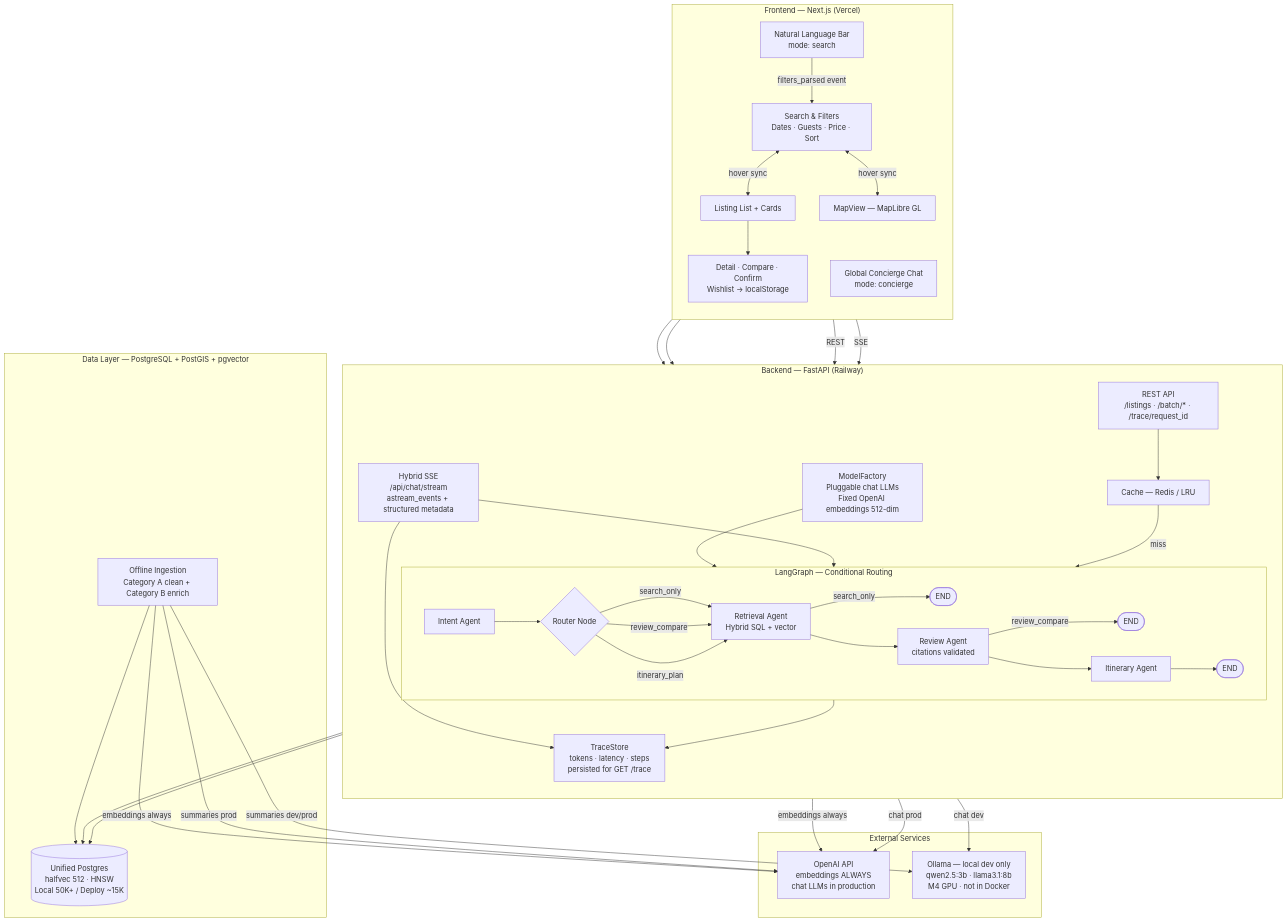
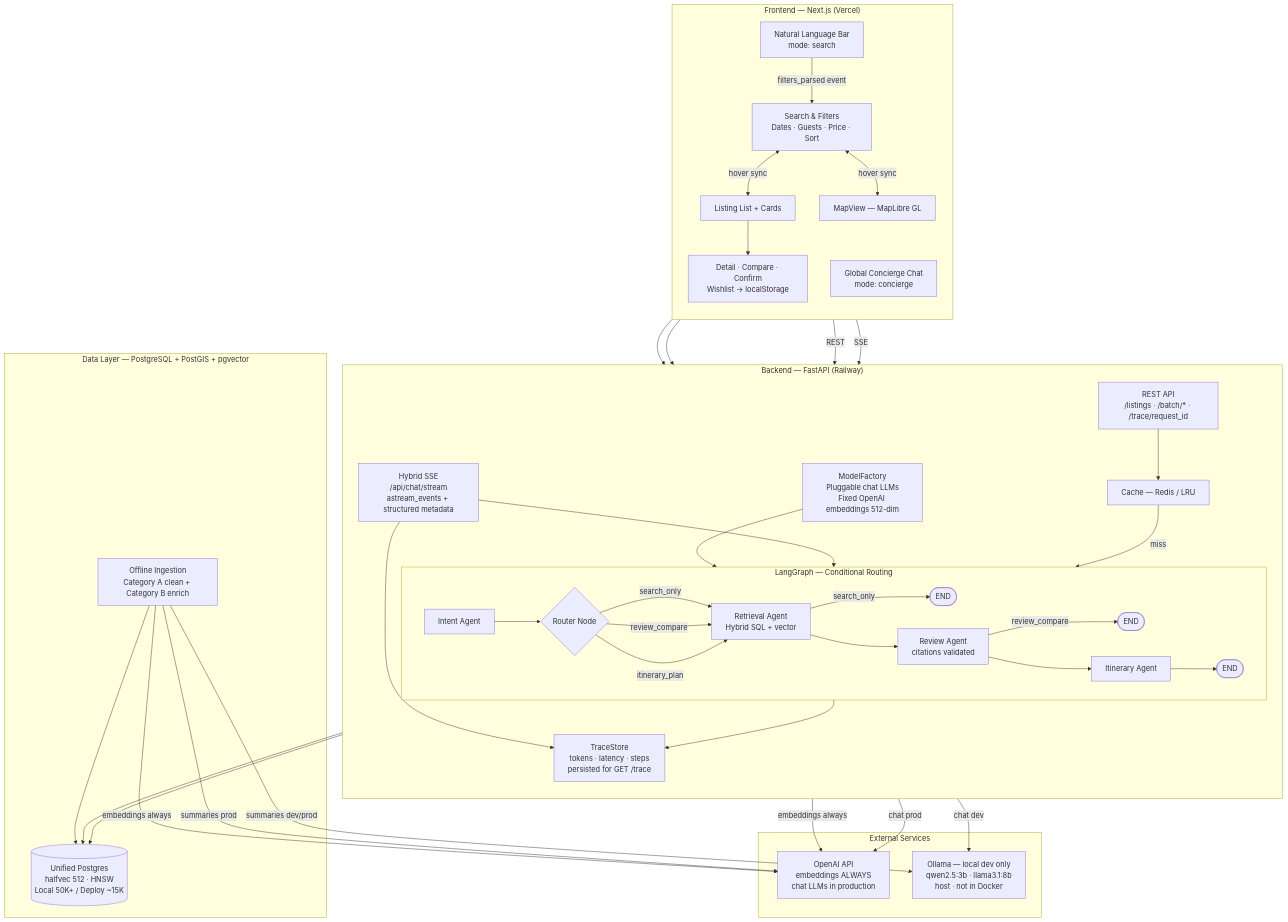
Before and after one commit to arslankabir/travel-ai-app: the first of 7 diagrams in proj-docs/HL-component-diagram.md, drawn with Mermaid. The commit also changed other lines of this file and 23 other files, not shown here.

````diff
--- a/proj-docs/HL-component-diagram.md
+++ b/proj-docs/HL-component-diagram.md
@@ -13,79 +13,79 @@
 ```mermaid
 flowchart TB
     subgraph FE["Frontend — Next.js (Vercel)"]
         direction TB
         Filters["Search & Filters<br/>Dates · Guests · Price · Sort"]
         NLBar["Natural Language Bar<br/>mode: search"]
         Concierge["Global Concierge Chat<br/>mode: concierge"]
         List["Listing List + Cards"]
         Map["MapView — MapLibre GL"]
         Pages["Detail · Compare · Confirm<br/>Wishlist → localStorage"]
 
         Filters <-->|hover sync| List
         Filters <-->|hover sync| Map
         NLBar -->|filters_parsed event| Filters
         List --> Pages
     end
 
     subgraph BE["Backend — FastAPI (Railway)"]
         direction TB
         REST["REST API<br/>/listings · /batch/* · /trace/request_id"]
         SSE["Hybrid SSE<br/>/api/chat/stream<br/>astream_events + structured metadata"]
         Cache["Cache — Redis / LRU"]
         TraceStore["TraceStore<br/>tokens · latency · steps<br/>persisted for GET /trace"]
 
         Factory["ModelFactory<br/>Pluggable chat LLMs<br/>Fixed OpenAI embeddings 512-dim"]
 
         subgraph LG["LangGraph — Conditional Routing"]
             Intent["Intent Agent"]
             Router{"Router Node"}
             Retrieval["Retrieval Agent<br/>Hybrid SQL + vector"]
             Review["Review Agent<br/>citations validated"]
             Itinerary["Itinerary Agent"]
             EndSearch([END])
             EndReview([END])
             EndTrip([END])
 
             Intent --> Router
             Router -->|search_only| Retrieval
             Router -->|review_compare| Retrieval
             Router -->|itinerary_plan| Retrieval
             Retrieval -->|search_only| EndSearch
             Retrieval --> Review
             Review -->|review_compare| EndReview
             Review --> Itinerary
             Itinerary --> EndTrip
         end
 
         Factory --> LG
         REST --> Cache
         SSE --> LG
         LG --> TraceStore
         SSE --> TraceStore
         Cache -->|miss| LG
     end
 
     subgraph DATA["Data Layer — PostgreSQL + PostGIS + pgvector"]
         PG[("Unified Postgres<br/>halfvec 512 · HNSW<br/>Local 50K+ / Deploy ~15K")]
         Ingest["Offline Ingestion<br/>Category A clean + Category B enrich"]
         Ingest --> PG
     end
 
     subgraph EXT["External Services"]
         OpenAI["OpenAI API<br/>embeddings ALWAYS<br/>chat LLMs in production"]
-        Ollama["Ollama — local dev only<br/>qwen2.5:3b · llama3.1:8b<br/>M4 GPU · not in Docker"]
+        Ollama["Ollama — local dev only<br/>qwen2.5:3b · llama3.1:8b<br/>host · not in Docker"]
     end
 
     FE -->|REST| REST
     FE -->|SSE| SSE
     NLBar --> SSE
     Concierge --> SSE
     REST --> PG
     LG --> PG
     Factory -->|embeddings always| OpenAI
     Factory -->|chat dev| Ollama
     Factory -->|chat prod| OpenAI
     Ingest -->|embeddings always| OpenAI
     Ingest -->|summaries dev/prod| Ollama
     Ingest -->|summaries prod| OpenAI
 ```
````
